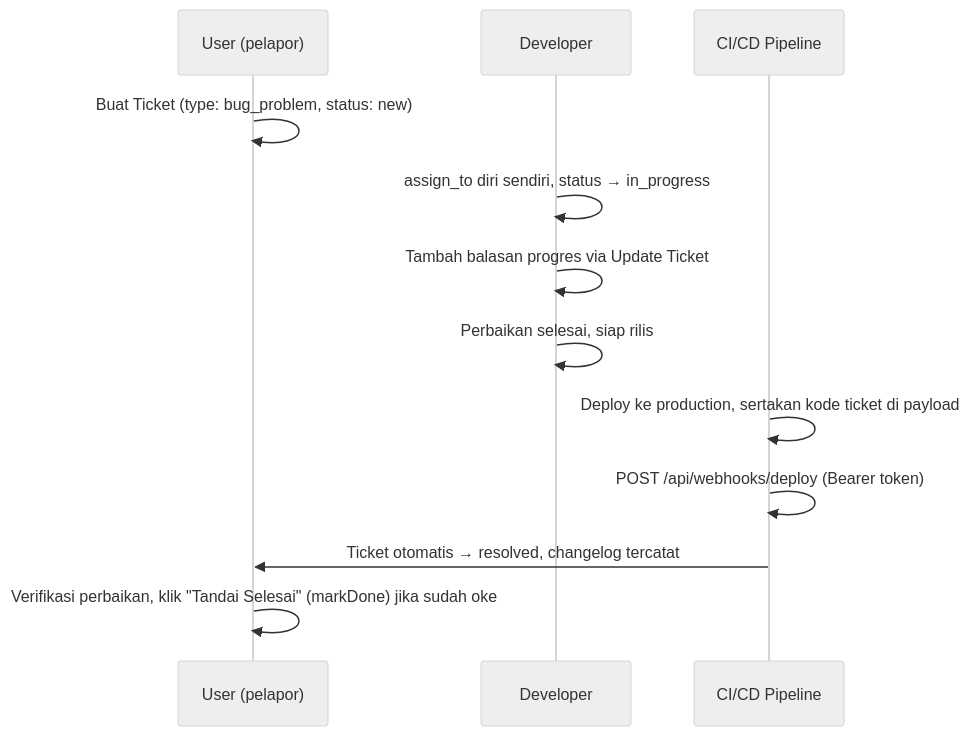
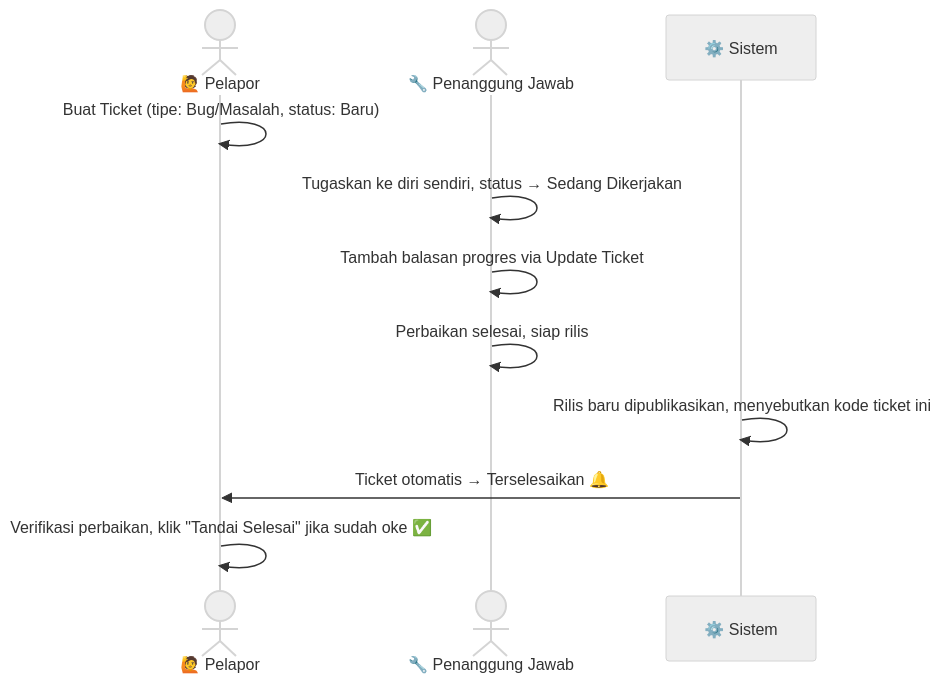
One commit to RimbunCode/erp_pataya changed the second of 2 diagrams in docs/modules/helpdesk.md. Above: the diagram before and after it, drawn with Mermaid (neutral theme). The commit also changed other lines of this file and 14 other files, not shown here.

````diff
--- a/docs/modules/helpdesk.md
+++ b/docs/modules/helpdesk.md
@@ -212,15 +162,14 @@
 ```mermaid
 sequenceDiagram
-    participant U as User (pelapor)
-    participant Dev as Developer
-    participant CI as CI/CD Pipeline
+    actor U as 🙋 Pelapor
+    actor Dev as 🔧 Penanggung Jawab
+    participant Sys as ⚙️ Sistem
 
-    U->>U: Buat Ticket (type: bug_problem, status: new)
-    Dev->>Dev: assign_to diri sendiri, status → in_progress
+    U->>U: Buat Ticket (tipe: Bug/Masalah, status: Baru)
+    Dev->>Dev: Tugaskan ke diri sendiri, status → Sedang Dikerjakan
     Dev->>Dev: Tambah balasan progres via Update Ticket
     Dev->>Dev: Perbaikan selesai, siap rilis
-    CI->>CI: Deploy ke production, sertakan kode ticket di payload
-    CI->>CI: POST /api/webhooks/deploy (Bearer token)
-    CI->>U: Ticket otomatis → resolved, changelog tercatat
-    U->>U: Verifikasi perbaikan, klik "Tandai Selesai" (markDone) jika sudah oke
+    Sys->>Sys: Rilis baru dipublikasikan, menyebutkan kode ticket ini
+    Sys->>U: Ticket otomatis → Terselesaikan 🔔
+    U->>U: Verifikasi perbaikan, klik "Tandai Selesai" jika sudah oke ✅
 ```
````
